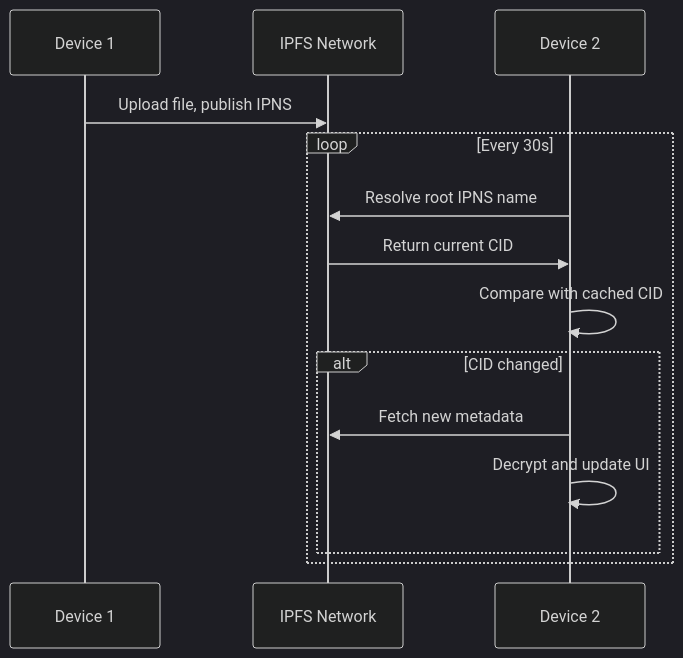
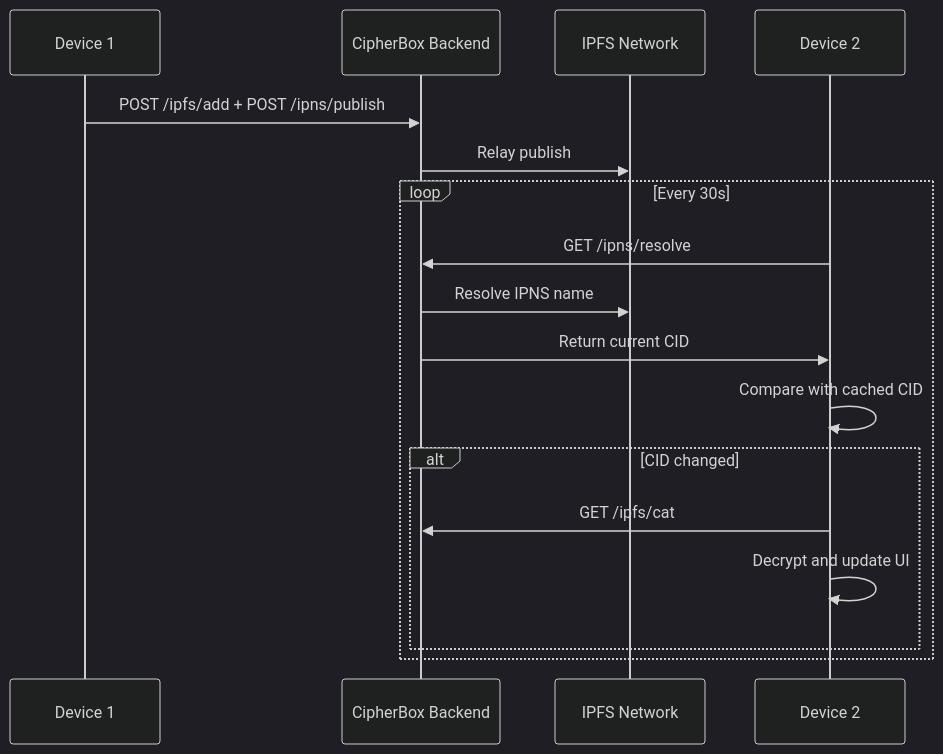
The third of 3 diagrams in Documentation/TECHNICAL_ARCHITECTURE.md (FSM1/cipher-box), drawn with Mermaid (dark theme) before and after one commit. The commit also changed other lines of this file and 7 other files, not shown here.

Commit message:
bump version to 1.8.1 and update documentation for IPFS/IPNS relay integration

````diff
--- a/Documentation/TECHNICAL_ARCHITECTURE.md
+++ b/Documentation/TECHNICAL_ARCHITECTURE.md
@@ -465,17 +470,20 @@
 ```mermaid
 sequenceDiagram
     participant D1 as Device 1
-    participant IPFS as IPFS Network
+  participant B as CipherBox Backend
+  participant IPFS as IPFS Network
     participant D2 as Device 2
     
-    D1->>IPFS: Upload file, publish IPNS
+  D1->>B: POST /ipfs/add + POST /ipns/publish
+  B->>IPFS: Relay publish
     loop Every 30s
-        D2->>IPFS: Resolve root IPNS name
-        IPFS->>D2: Return current CID
+    D2->>B: GET /ipns/resolve
+    B->>IPFS: Resolve IPNS name
+    B->>D2: Return current CID
         D2->>D2: Compare with cached CID
         alt CID changed
-            D2->>IPFS: Fetch new metadata
+      D2->>B: GET /ipfs/cat
             D2->>D2: Decrypt and update UI
         end
     end
 ```
````
